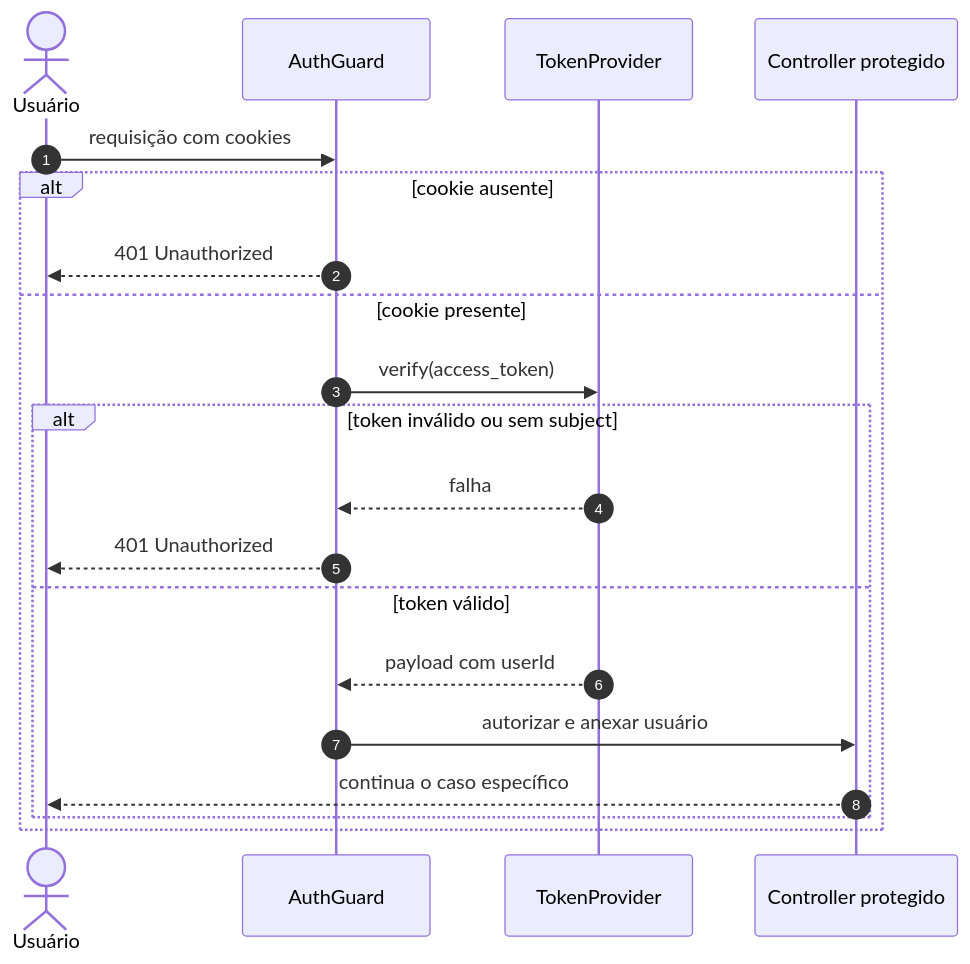
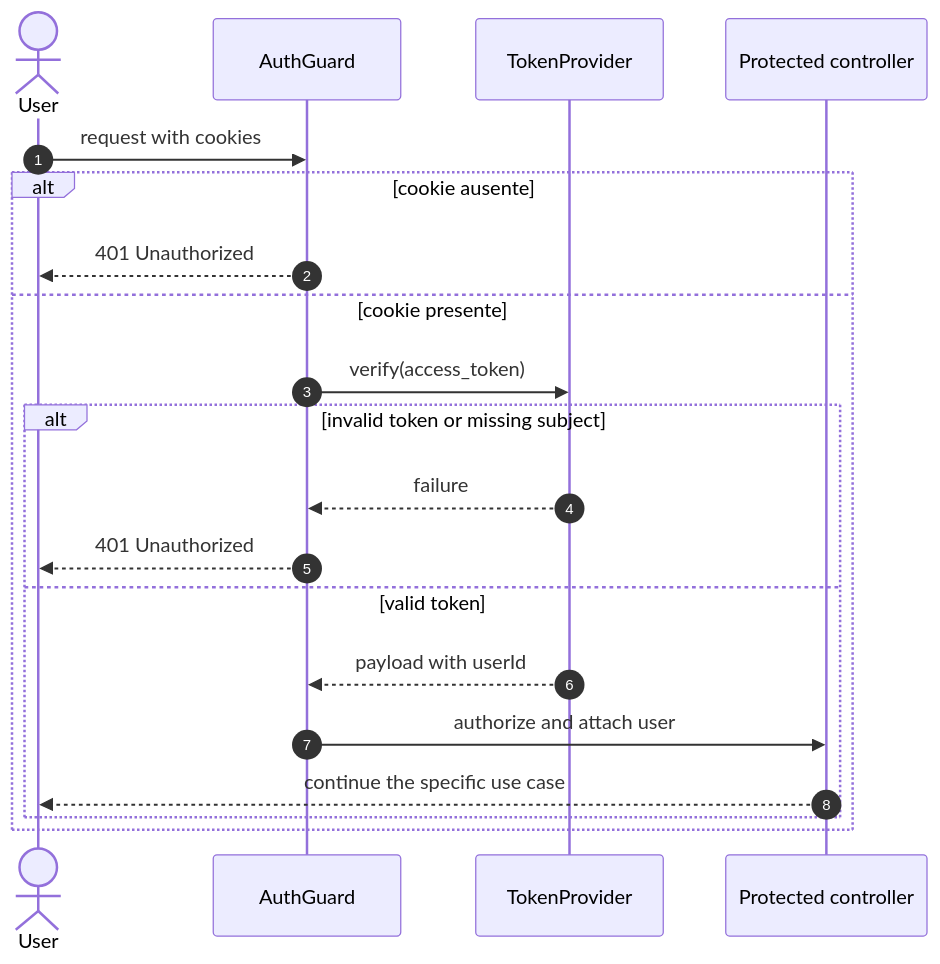
Before and after one commit to Lucalopezz/DevLog: the third of 6 diagrams in docs/diagrams/sequences/account-and-tags.md, drawn with Mermaid. The commit also changed other lines of this file and 235 other files, not shown here.

````diff
--- a/docs/diagrams/sequences/account-and-tags.md
+++ b/docs/diagrams/sequences/account-and-tags.md
@@ -77,23 +77,23 @@
 ```mermaid
 sequenceDiagram
     autonumber
-    actor Usuario as Usuário
+    actor UserActor as User
     participant Guard as AuthGuard
     participant Token as TokenProvider
-    participant C as Controller protegido
+    participant C as Protected controller
 
-    Usuario->>Guard: requisição com cookies
+    UserActor->>Guard: request with cookies
     alt cookie ausente
-        Guard-->>Usuario: 401 Unauthorized
+        Guard-->>UserActor: 401 Unauthorized
     else cookie presente
         Guard->>Token: verify(access_token)
-        alt token inválido ou sem subject
-            Token-->>Guard: falha
-            Guard-->>Usuario: 401 Unauthorized
-        else token válido
-            Token-->>Guard: payload com userId
-            Guard->>C: autorizar e anexar usuário
-            C-->>Usuario: continua o caso específico
+        alt invalid token or missing subject
+            Token-->>Guard: failure
+            Guard-->>UserActor: 401 Unauthorized
+        else valid token
+            Token-->>Guard: payload with userId
+            Guard->>C: authorize and attach user
+            C-->>UserActor: continue the specific use case
         end
     end
 ```
````
